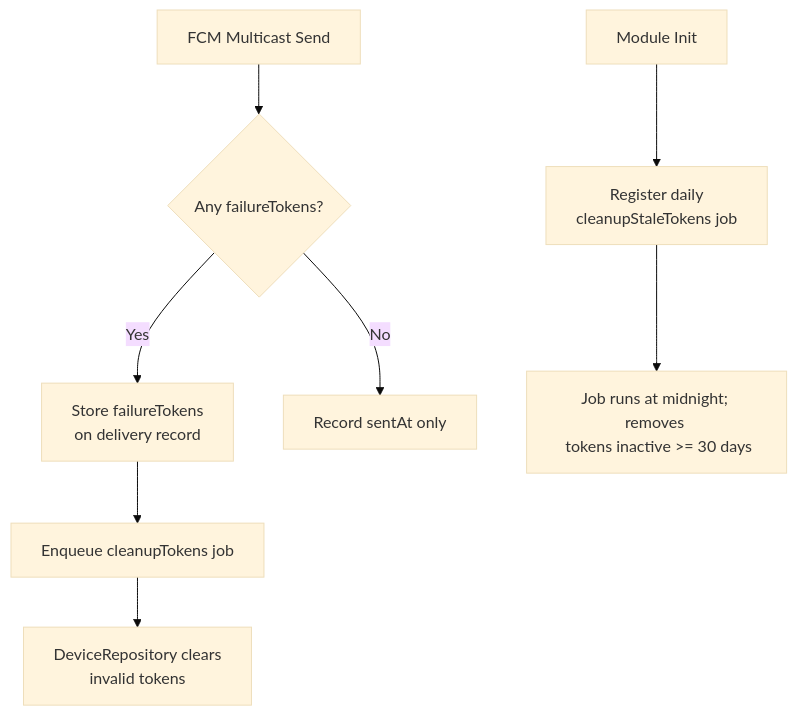
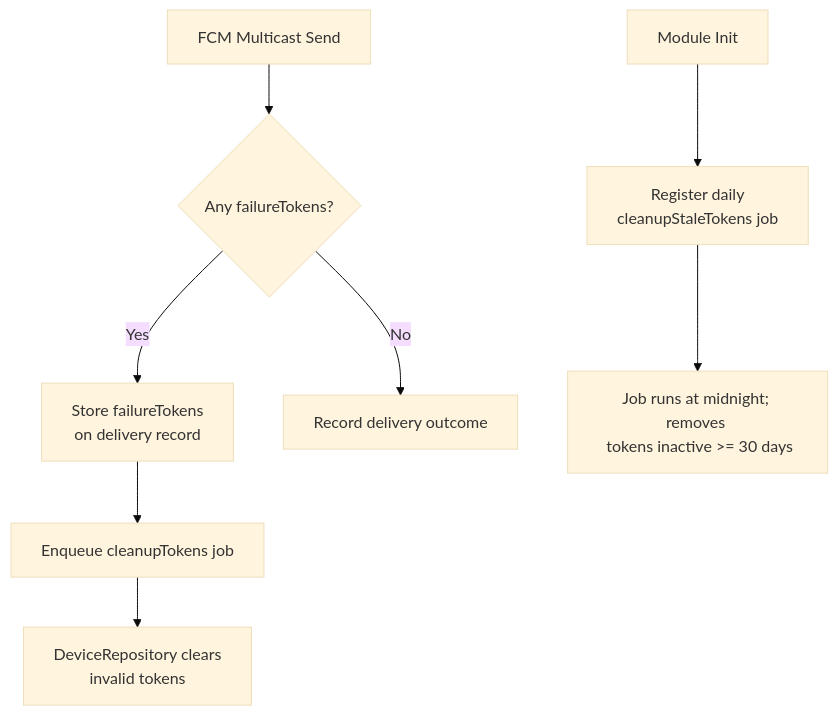
One commit to Gzerox/ack-nestjs-boilerplate changed the first of 2 diagrams in docs/notification.md. Above: the diagram before and after it, drawn with Mermaid (base theme). The commit also changed other lines of this file and 6 other files, not shown here.

````diff
--- a/docs/notification.md
+++ b/docs/notification.md
@@ -243,11 +258,11 @@
 ```mermaid
 graph TD
     A[FCM Multicast Send] --> B{Any failureTokens?}
     B -->|Yes| C[Store failureTokens <br/> on delivery record]
     C --> D[Enqueue cleanupTokens job]
     D --> E[DeviceRepository clears <br/> invalid tokens]
-    B -->|No| F[Record sentAt only]
+    B -->|No| F[Record delivery outcome]
     
     G[Module Init] --> H[Register daily <br/> cleanupStaleTokens job]
     H --> I[Job runs at midnight; removes <br/> tokens inactive >= 30 days]
 ```
````
